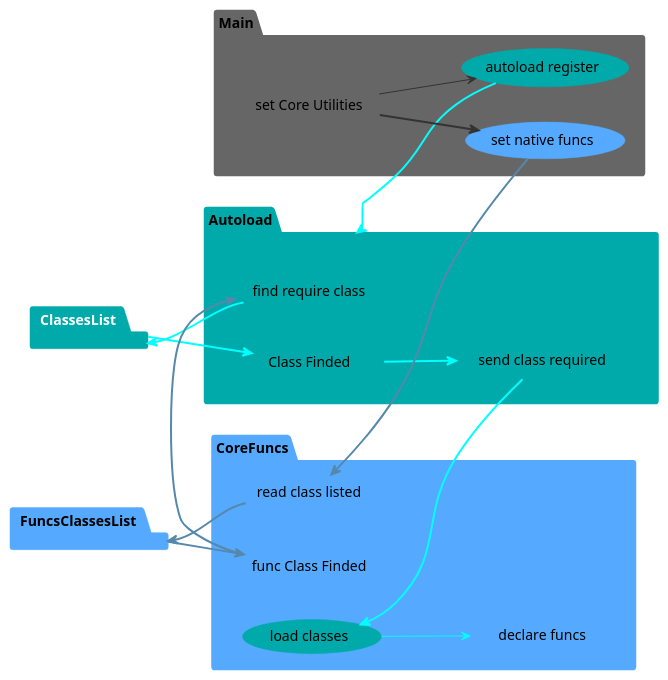
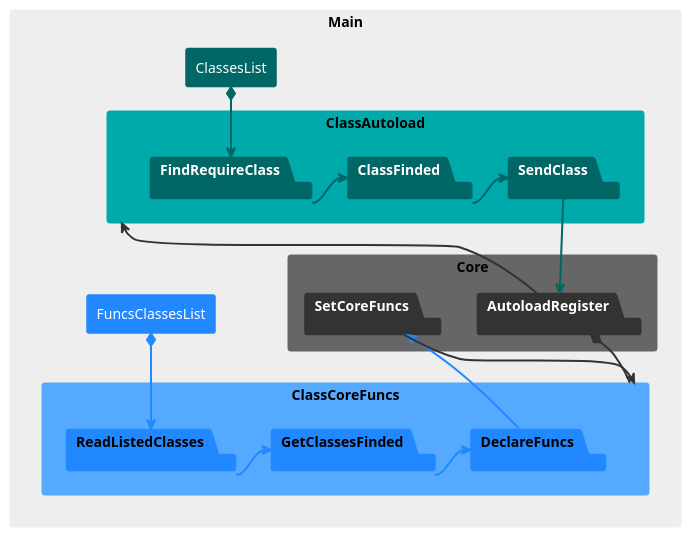
Before and after one commit to ohabille/maincore: the diagram in diagrammesUml/coreLogical.puml, drawn with PlantUML. The commit also changed 3 other files, not shown here.

Commit message:
Diagrammes WIP

```diff
--- a/diagrammesUml/coreLogical.puml
+++ b/diagrammesUml/coreLogical.puml
@@ -1,39 +1,46 @@
 @startuml
-left to right direction
-package Main #666;line:666; {
-    usecase "set Core Utilities" as coreUtilities #666;line:666;
-    usecase "autoload register" as autoloadRegister #0AA;line:0AA;
-    usecase "set native funcs" as setNatFuncs #5AF;line:5AF;
+
+skinparam packageStyle rectangle
+
+rectangle Main #EEE;line:EEE; {
+
+    rectangle ClassesList #066;line:066;text:white
+
+    rectangle ClassAutoload #0AA;line:0AA; {
+        package FindRequireClass #066;line:066;text:white
+        ClassesList *==> FindRequireClass #line:066;
+
+        package ClassFinded #066;line:066;text:white
+        FindRequireClass => ClassFinded #line:066;
+
+        package SendClass #066;line:066;text:white
+        ClassFinded => SendClass #line:066;
+    }
+
+    rectangle Core #666;line:666; {
+        package AutoloadRegister #333;line:333;text:white
+        ClassAutoload <== AutoloadRegister #line:333;
+        SendClass ==> AutoloadRegister #line:066;
+
+        package SetCoreFuncs #333;line:333;text:white
+    }
+
+    rectangle FuncsClassesList #28F;line:28F;text:white
+
+    rectangle ClassCoreFuncs #5AF;line:5AF; {
+        package ReadListedClasses #28F;line:28F;
+        FuncsClassesList *==> ReadListedClasses #line:28F;
+
+        package GetClassesFinded #28F;line:28F;
+        ReadListedClasses => GetClassesFinded #line:28F;
+
+        package DeclareFuncs #28F;line:28F;
+        GetClassesFinded => DeclareFuncs #line:28F;
+        SetCoreFuncs <= DeclareFuncs #line:28F;
+    }
+    SetCoreFuncs ==> ClassCoreFuncs #line:333;
+    AutoloadRegister *== ClassCoreFuncs #line:333;
+
 }
-coreUtilities --> autoloadRegister #line:333;
-
-package ClassesList #0AA;line:0AA;text:white
-
-package Autoload #0AA;line:0AA; {
-    usecase "find require class" as findRequireClass #0AA;line:0AA;
-    usecase "Class Finded" as ClassFinded #0AA;line:0AA;
-    usecase "send class required" as sendClass #0AA;line:0AA;
-}
-Autoload <== autoloadRegister #line:0FF;
-findRequireClass ==> ClassesList #line:0FF;
-
-ClassesList ==> ClassFinded #line:0FF;
-ClassFinded ==> sendClass #line:0FF;
-
-package FuncsClassesList #5AF;line:5AF;
-
-package CoreFuncs #5AF;line:5AF; {
-    usecase "read class listed" as readListedClasses #5AF;line:5AF;
-    usecase "func Class Finded" as funcClassFinded #5AF;line:5AF;
-    usecase "load classes" as sendClasses #0AA;line:0AA;
-    usecase "declare funcs" as declareFuncs #5AF;line:5AF;
-}
-coreUtilities ==> setNatFuncs #line:333;
-setNatFuncs ==> readListedClasses #line:58A;
-sendClasses <== sendClass #line:0FF;
-sendClasses --> declareFuncs #line:0FF;
-readListedClasses ==> FuncsClassesList #line:58A;
-FuncsClassesList ==> funcClassFinded #line:58A;
-funcClassFinded ==> findRequireClass #line:58A;
 
 @enduml
```
